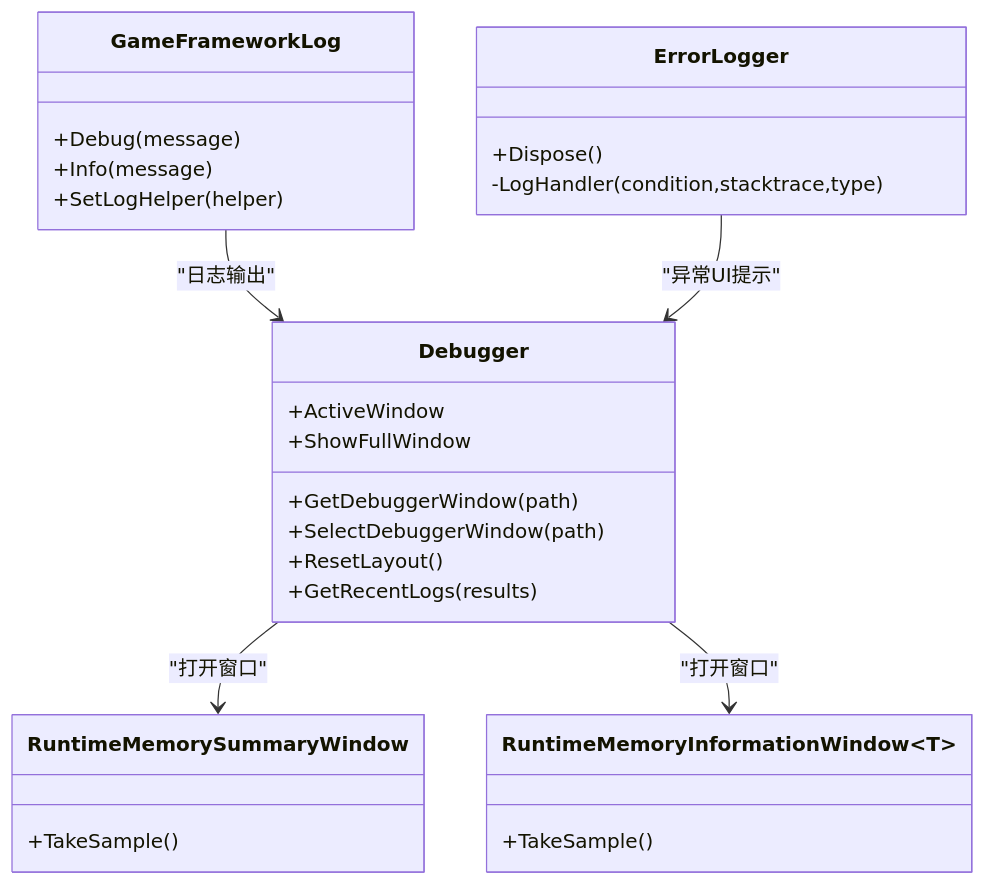
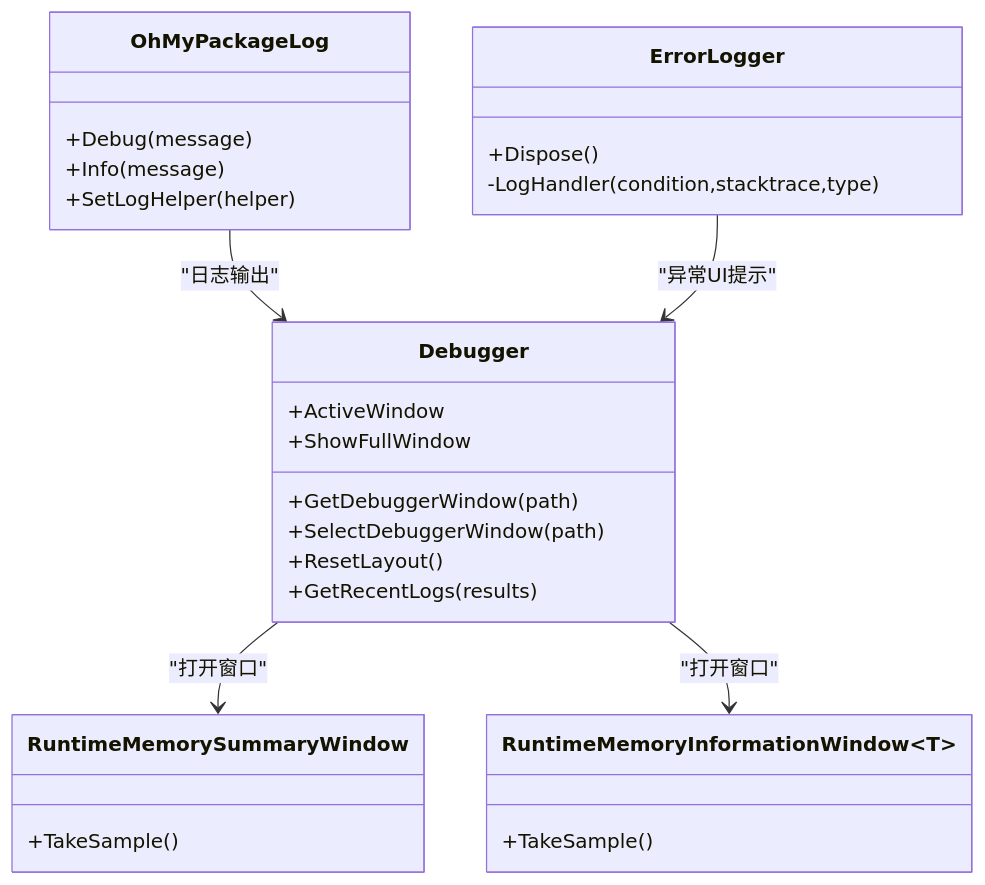
The sixth of 7 diagrams in repowiki/zh/content/开发者指南/故障排除指南/故障排除指南.md (OxygenIsland/MyGame), drawn with Mermaid before and after one commit. The commit also changed other lines of this file and 34 other files, not shown here.

````diff
--- a/repowiki/zh/content/开发者指南/故障排除指南/故障排除指南.md
+++ b/repowiki/zh/content/开发者指南/故障排除指南/故障排除指南.md
@@ -268,30 +268,30 @@
 ```mermaid
 classDiagram
 class Debugger {
 +ActiveWindow
 +ShowFullWindow
 +GetDebuggerWindow(path)
 +SelectDebuggerWindow(path)
 +ResetLayout()
 +GetRecentLogs(results)
 }
 class RuntimeMemorySummaryWindow {
 +TakeSample()
 }
 class RuntimeMemoryInformationWindow~T~ {
 +TakeSample()
 }
-class GameFrameworkLog {
+class OhMyPackageLog {
 +Debug(message)
 +Info(message)
 +SetLogHelper(helper)
 }
 class ErrorLogger {
 +Dispose()
 -LogHandler(condition,stacktrace,type)
 }
 Debugger --> RuntimeMemorySummaryWindow : "打开窗口"
 Debugger --> RuntimeMemoryInformationWindow : "打开窗口"
-GameFrameworkLog --> Debugger : "日志输出"
+OhMyPackageLog --> Debugger : "日志输出"
 ErrorLogger --> Debugger : "异常UI提示"
 ```
````
